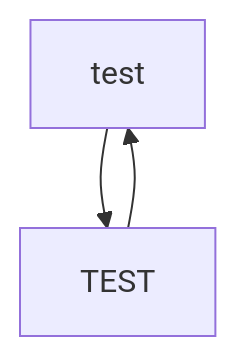
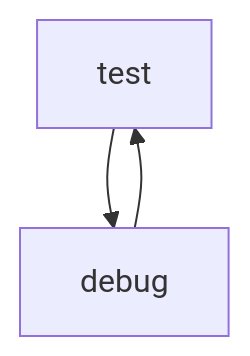
Before and after one commit to KentaGoto/test-site: the diagram in README.md, drawn with Mermaid.

````diff
--- a/README.md
+++ b/README.md
@@ -3,5 +3,5 @@
 ```mermaid
 graph TD;
-  test-->TEST
-  TEST-->test
+  test-->debug
+  debug-->test
 ```
````
